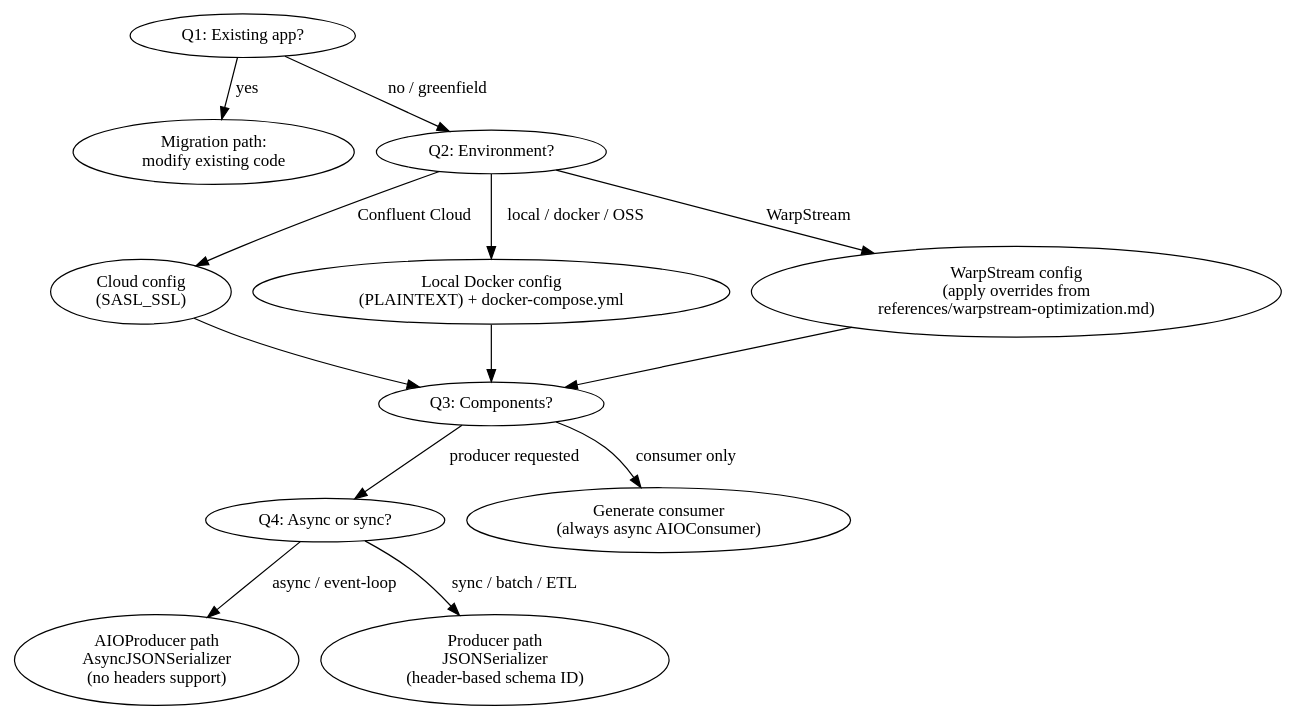
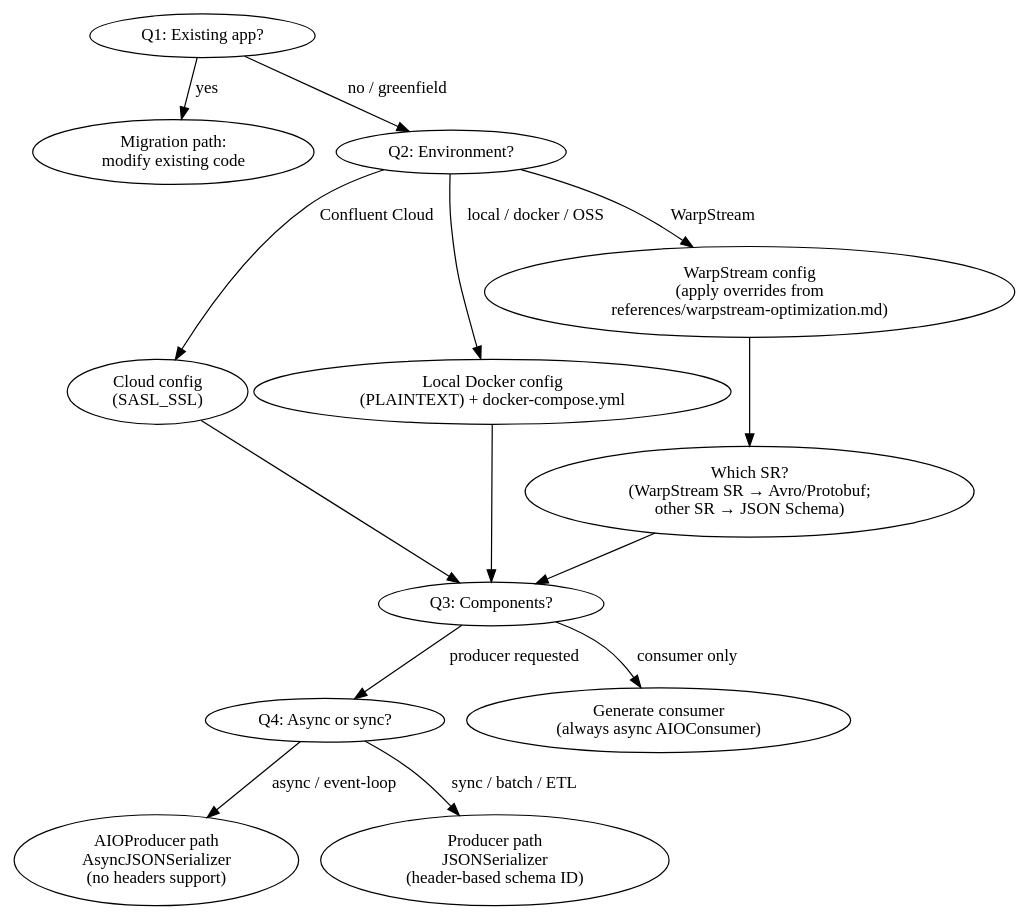
One commit to confluentinc/agent-skills changed the diagram in skills/developing-kafka-python-client/SKILL.md. Above: the diagram before and after it, drawn with Graphviz. The commit also changed other lines of this file, not shown here.

Commit message:
add decisions in python skill for WS SR vs other SRs to account for lack of JSON support in WS SR

````diff
--- a/skills/developing-kafka-python-client/SKILL.md
+++ b/skills/developing-kafka-python-client/SKILL.md
@@ -86,16 +87,17 @@
 ```dot
 digraph decisions {
   "Q1: Existing app?" -> "Migration path:\nmodify existing code" [label="yes"];
   "Q1: Existing app?" -> "Q2: Environment?" [label="no / greenfield"];
   "Q2: Environment?" -> "Cloud config\n(SASL_SSL)" [label="Confluent Cloud"];
   "Q2: Environment?" -> "Local Docker config\n(PLAINTEXT) + docker-compose.yml" [label="local / docker / OSS"];
   "Q2: Environment?" -> "WarpStream config\n(apply overrides from\nreferences/warpstream-optimization.md)" [label="WarpStream"];
   "Cloud config\n(SASL_SSL)" -> "Q3: Components?";
   "Local Docker config\n(PLAINTEXT) + docker-compose.yml" -> "Q3: Components?";
-  "WarpStream config\n(apply overrides from\nreferences/warpstream-optimization.md)" -> "Q3: Components?";
+  "WarpStream config\n(apply overrides from\nreferences/warpstream-optimization.md)" -> "Which SR?\n(WarpStream SR → Avro/Protobuf;\nother SR → JSON Schema)";
+  "Which SR?\n(WarpStream SR → Avro/Protobuf;\nother SR → JSON Schema)" -> "Q3: Components?";
   "Q3: Components?" -> "Q4: Async or sync?" [label="producer requested"];
   "Q3: Components?" -> "Generate consumer\n(always async AIOConsumer)" [label="consumer only"];
   "Q4: Async or sync?" -> "AIOProducer path\nAsyncJSONSerializer\n(no headers support)" [label="async / event-loop"];
   "Q4: Async or sync?" -> "Producer path\nJSONSerializer\n(header-based schema ID)" [label="sync / batch / ETL"];
 }
 ```
````
